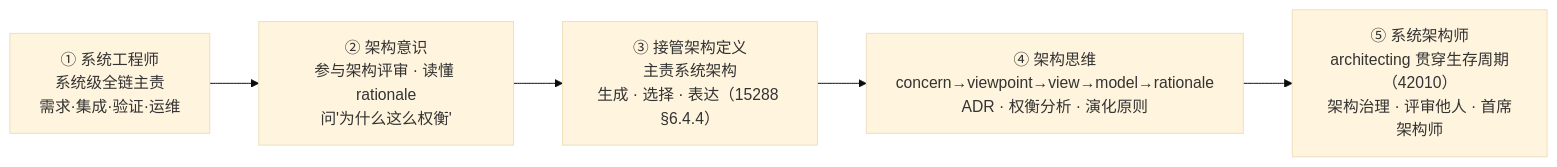
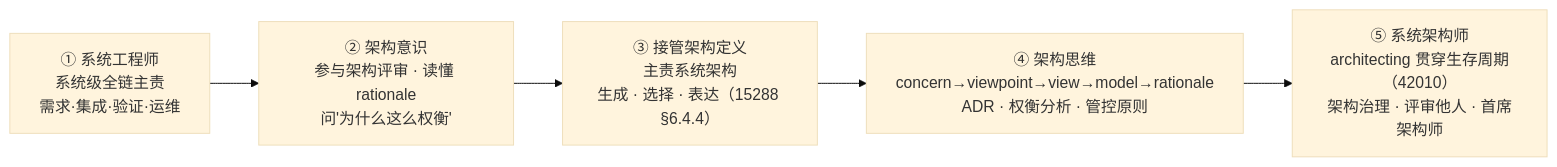
One commit to Yongjunzhou/AOS-system-design changed diagram 17 of 21 in 100-subprojects/01-系统工程研究/00-系统工程相关研究报告/13-工程角色谱系研究报告-从模块工程师到系统架构师.md. Above: the diagram before and after it, drawn with Mermaid (base theme). The commit also changed other lines of this file and 177 other files, not shown here.

````diff
--- a/100-subprojects/01-系统工程研究/00-系统工程相关研究报告/13-工程角色谱系研究报告-从模块工程师到系统架构师.md
+++ b/100-subprojects/01-系统工程研究/00-系统工程相关研究报告/13-工程角色谱系研究报告-从模块工程师到系统架构师.md
@@ -723,7 +723,7 @@
 ```mermaid
 flowchart LR
     S1["① 系统工程师<br/>系统级全链主责<br/>需求·集成·验证·运维"] --> S2["② 架构意识<br/>参与架构评审 · 读懂 rationale<br/>问'为什么这么权衡'"]
     S2 --> S3["③ 接管架构定义<br/>主责系统架构<br/>生成 · 选择 · 表达（15288 §6.4.4）"]
-    S3 --> S4["④ 架构思维<br/>concern→viewpoint→view→model→rationale<br/>ADR · 权衡分析 · 演化原则"]
+    S3 --> S4["④ 架构思维<br/>concern→viewpoint→view→model→rationale<br/>ADR · 权衡分析 · 管控原则"]
     S4 --> S5["⑤ 系统架构师<br/>architecting 贯穿生存周期（42010）<br/>架构治理 · 评审他人 · 首席架构师"]
 ```
````
